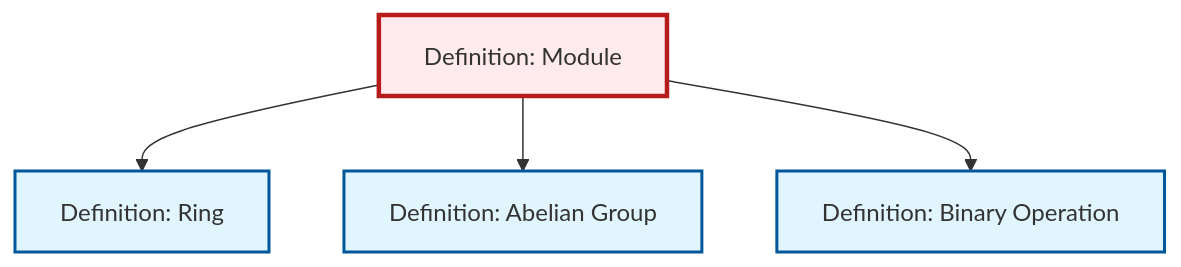
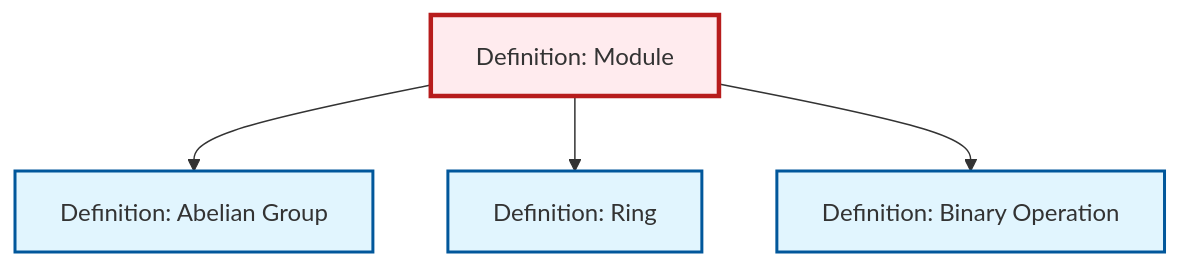
One commit to RK0429/ModernMath changed the diagram in content/en/algebra/def-module.qmd. Above: the diagram before and after it, drawn with Mermaid. The commit also changed other lines of this file and 654 other files, not shown here.

````diff
--- a/content/en/algebra/def-module.qmd
+++ b/content/en/algebra/def-module.qmd
@@ -55,20 +55,20 @@
 ```{mermaid}
 %%| fig-cap: "Local dependency graph"
 graph TD
     classDef definition fill:#e1f5fe,stroke:#01579b,stroke-width:2px
     classDef theorem fill:#f3e5f5,stroke:#4a148c,stroke-width:2px
     classDef axiom fill:#fff3e0,stroke:#e65100,stroke-width:2px
     classDef example fill:#e8f5e9,stroke:#1b5e20,stroke-width:2px
     classDef current fill:#ffebee,stroke:#b71c1c,stroke-width:3px
-    def-module["Definition: Module"]:::definition
+    def-ring["Definition: Ring"]:::definition
     def-abelian-group["Definition: Abelian Group"]:::definition
     def-binary-operation["Definition: Binary Operation"]:::definition
-    def-ring["Definition: Ring"]:::definition
+    def-module["Definition: Module"]:::definition
+    def-module --> def-abelian-group
     def-module --> def-ring
-    def-module --> def-abelian-group
     def-module --> def-binary-operation
     class def-module current
+    click def-ring "def-ring.html" "Go to Ring definition"
     click def-abelian-group "def-abelian-group.html" "Go to Abelian Group definition"
     click def-binary-operation "def-binary-operation.html" "Go to Binary Operation definition"
-    click def-ring "def-ring.html" "Go to Ring definition"
 ```
````
